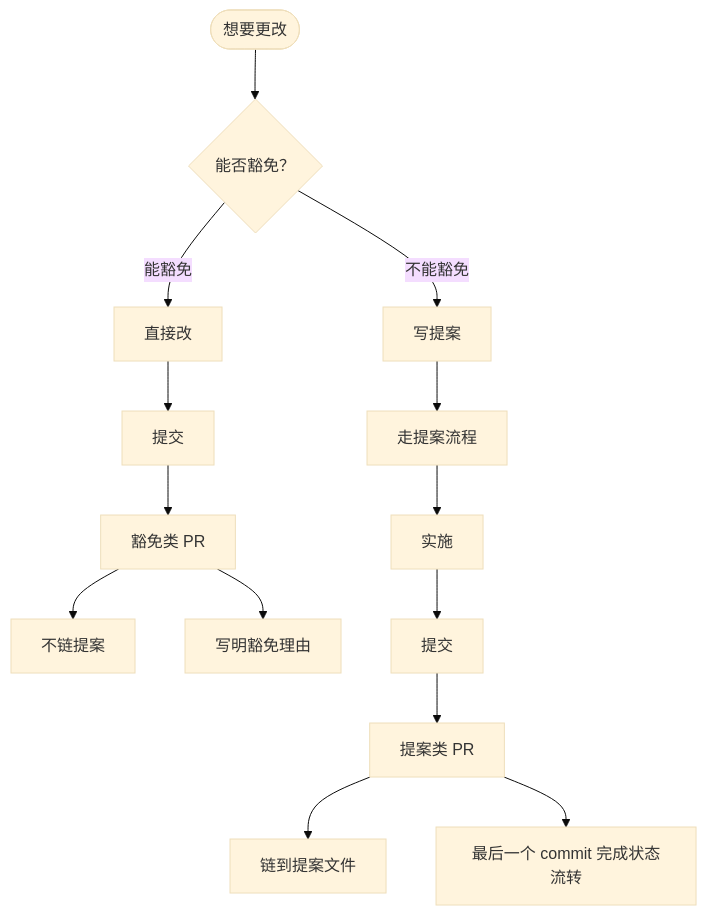
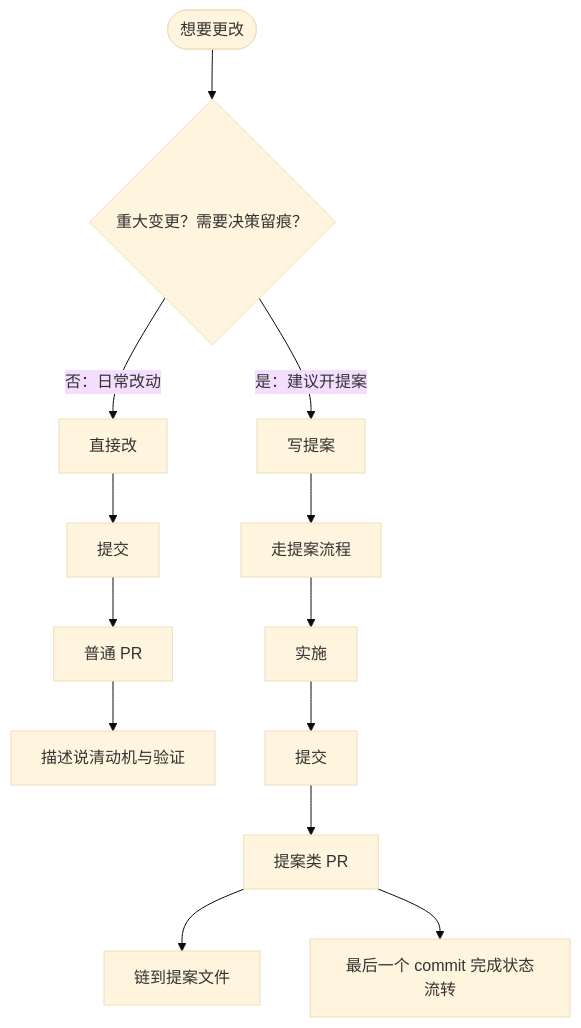
Before and after one commit to LiuWenXing1996/duo-ling: the first of 2 diagrams in docs/proposal-process.md, drawn with Mermaid (base theme). The commit also changed other lines of this file and 3 other files, not shown here.

````diff
--- a/docs/proposal-process.md
+++ b/docs/proposal-process.md
@@ -42,18 +31,17 @@
 ```mermaid
 flowchart TD
-    A([想要更改]) --> B{能否豁免？}
+    A([想要更改]) --> B{重大变更？需要决策留痕？}
 
-    B -->|能豁免| C[直接改]
+    B -->|否：日常改动| C[直接改]
     C --> D[提交]
-    D --> E[豁免类 PR]
-    E --> E1[不链提案]
-    E --> E2[写明豁免理由]
+    D --> E[普通 PR]
+    E --> E1[描述说清动机与验证]
 
-    B -->|不能豁免| F[写提案]
+    B -->|是：建议开提案| F[写提案]
     F --> G[走提案流程]
     G --> H[实施]
     H --> I[提交]
     I --> J[提案类 PR]
     J --> J1[链到提案文件]
     J --> J2[最后一个 commit 完成状态流转]
 ```
````
